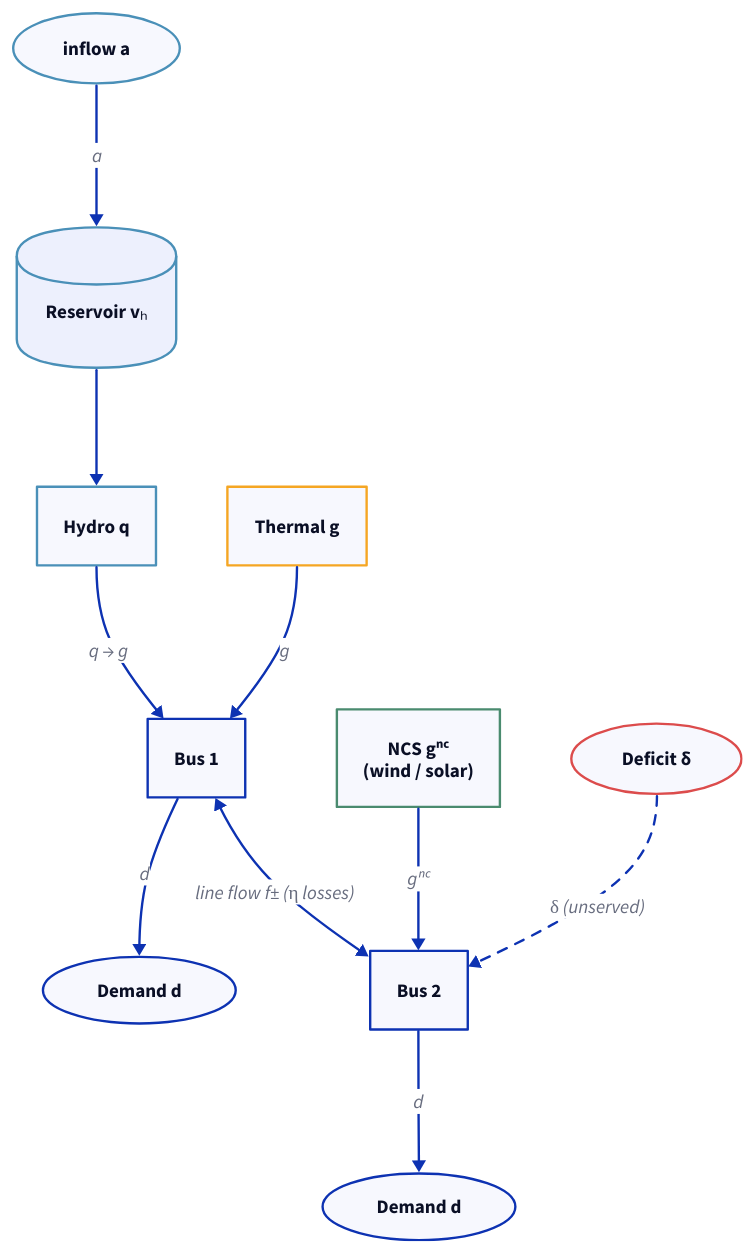
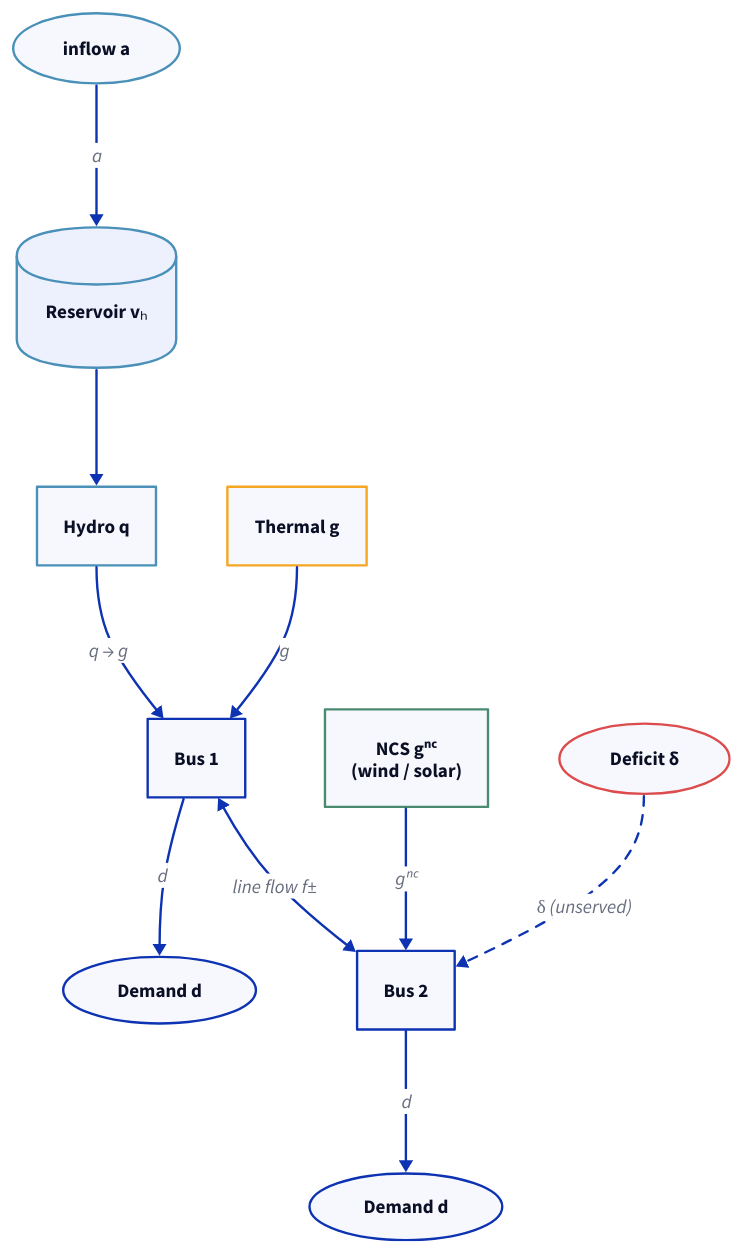
One commit to cobre-rs/cobre-docs changed the diagram in src/content/docs/math/system-elements.mdx. Above: the diagram before and after it, drawn with D2. The commit also changed other lines of this file and 14 other files, not shown here.

````diff
--- a/src/content/docs/math/system-elements.mdx
+++ b/src/content/docs/math/system-elements.mdx
@@ -56,36 +56,36 @@
 ```d2
 direction: down
 
 classes: {
   hydro: {style: {stroke: "#4a90b8"}}
   thermal: {style: {stroke: "#f5a623"}}
   ncs: {style: {stroke: "#4a8b6f"}}
   deficit: {style: {stroke: "#dc4c4c"}}
 }
 
 bus1: "Bus 1" {shape: rectangle}
 bus2: "Bus 2" {shape: rectangle}
 
 inflow: "inflow a" {shape: oval; class: hydro}
 reservoir: "Reservoir vₕ" {shape: cylinder; class: hydro}
 gen_h: "Hydro q" {class: hydro}
 
 gen_t: "Thermal g" {class: thermal}
 gen_v: "NCS gⁿᶜ\n(wind / solar)" {class: ncs}
 
 demand1: "Demand d" {shape: oval}
 demand2: "Demand d" {shape: oval}
 shed: "Deficit δ" {shape: oval; class: deficit}
 
 inflow -> reservoir: "a"
 reservoir -> gen_h
 gen_h -> bus1: "q → g"
 gen_t -> bus1: "g"
 gen_v -> bus2: "gⁿᶜ"
 
-bus1 <-> bus2: "line flow  f±  (η losses)"
+bus1 <-> bus2: "line flow  f±"
 
 bus1 -> demand1: "d"
 bus2 -> demand2: "d"
 shed -> bus2: "δ (unserved)" {style.stroke-dash: 4}
 ```
````
